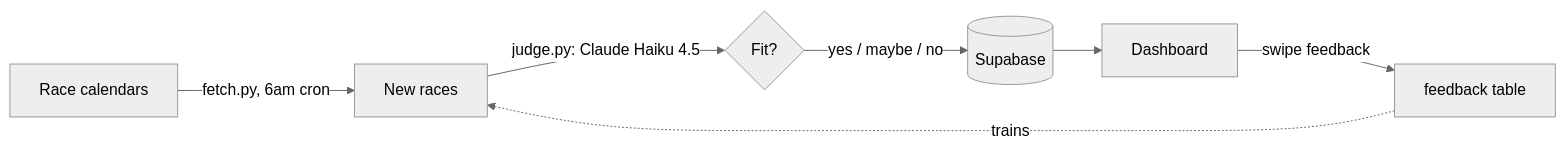
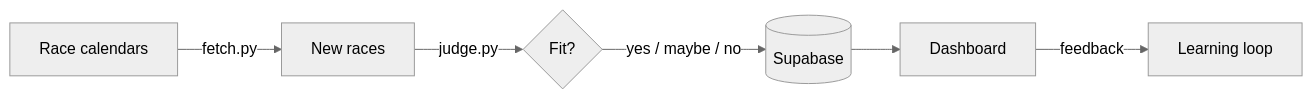
Before and after one commit to strazdinalaura/run-radar: the diagram in README.md, drawn with Mermaid (neutral theme). The commit also changed other lines of this file, not shown here.

````diff
--- a/README.md
+++ b/README.md
@@ -11,9 +25,8 @@
 ```mermaid
 flowchart LR
-  A[Race calendars] -->|fetch.py, 6am cron| B[New races]
-  B -->|judge.py: Claude Haiku 4.5| C{Fit?}
+  A[Race calendars] -->|fetch.py| B[New races]
+  B -->|judge.py| C{Fit?}
   C -->|yes / maybe / no| D[(Supabase)]
   D --> E[Dashboard]
-  E -->|swipe feedback| F[feedback table]
-  F -.trains.-> B
+  E -->|feedback| F[Learning loop]
 ```
````
